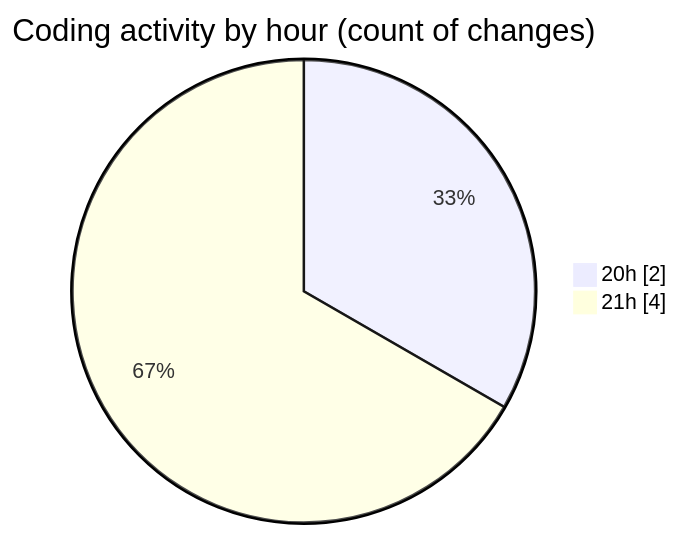
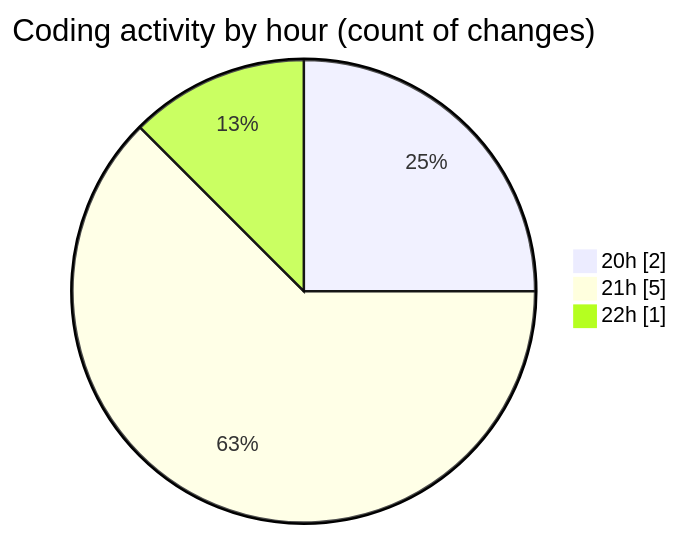
Before and after one commit to hasnaa123/code-tracking: the second of 2 diagrams in 2025-12-23/technologie_web/README.md, drawn with Mermaid. The commit also changed other lines of this file and 1 other file, not shown here.

````diff
--- a/2025-12-23/technologie_web/README.md
+++ b/2025-12-23/technologie_web/README.md
@@ -28,6 +28,7 @@
 ```mermaid
 pie showData
 title Coding activity by hour (count of changes)
 "20h" : 2
-"21h" : 4
+"21h" : 5
+"22h" : 1
 ```
````
